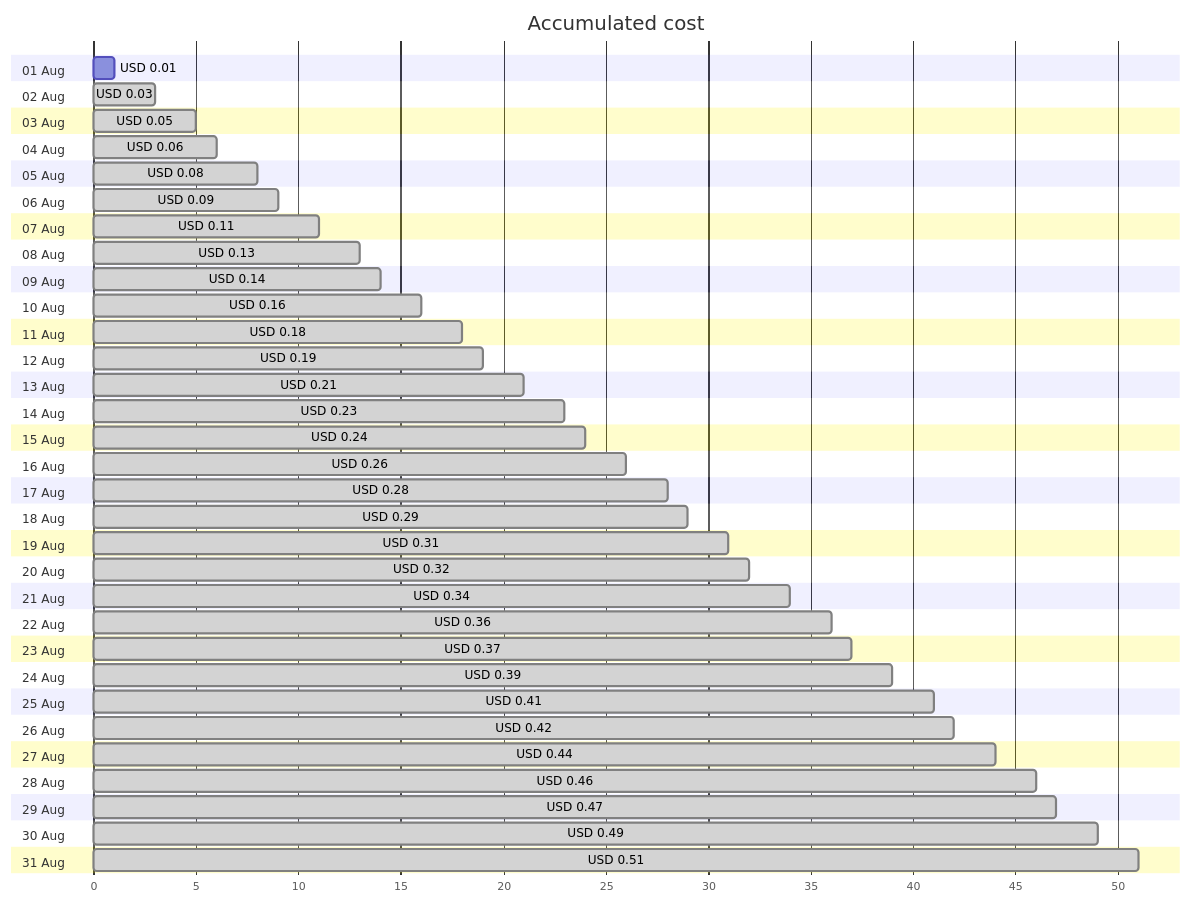
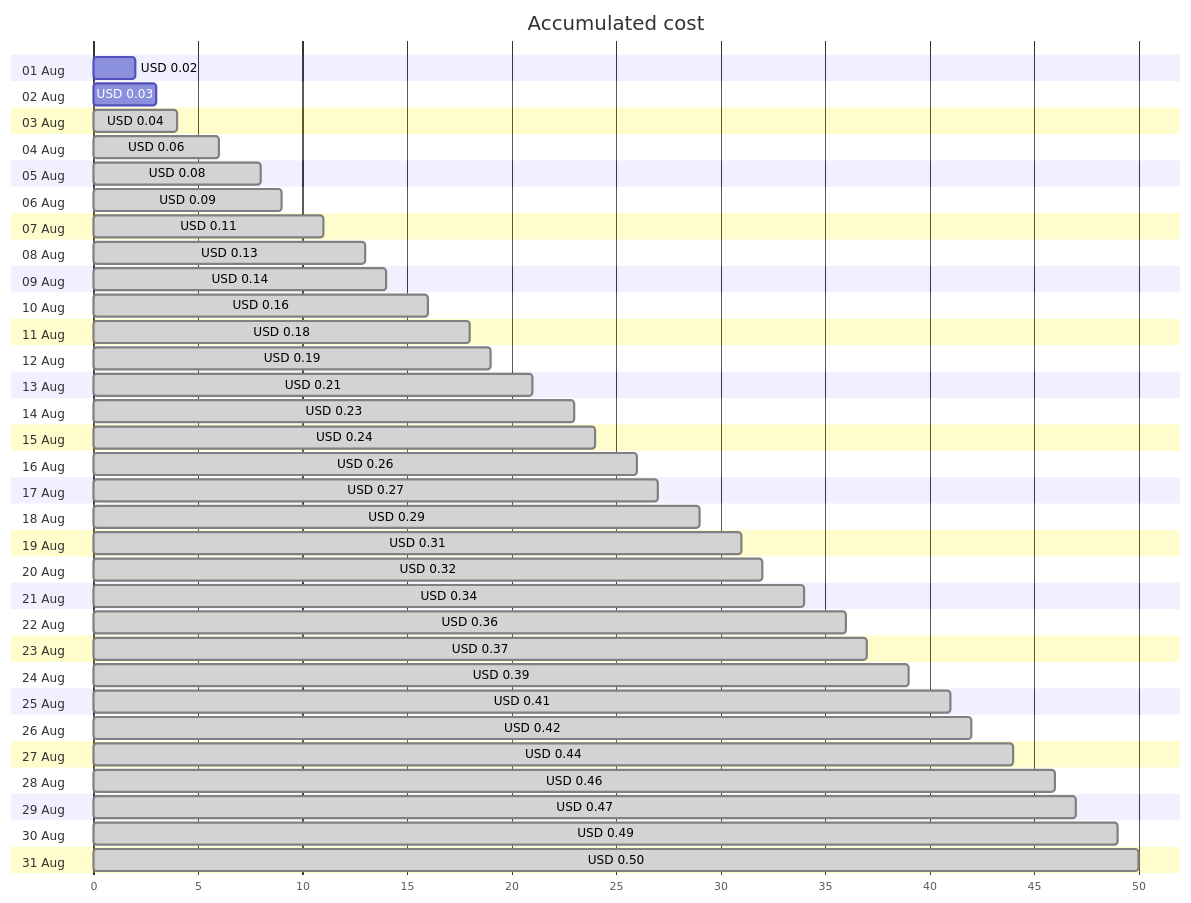
One commit to jpfulton/azure-personal-reports changed the first of 4 diagrams in cost-reports/personal-dns/jpatrickfulton.com.md. Above: the diagram before and after it, drawn with Mermaid. The commit also changed other lines of this file and 2 other files, not shown here.

````diff
--- a/cost-reports/personal-dns/jpatrickfulton.com.md
+++ b/cost-reports/personal-dns/jpatrickfulton.com.md
@@ -20,68 +20,68 @@
 ```mermaid
 gantt
    title Accumulated cost
    dateFormat  X
    axisFormat %s
    section 01 Aug
-   USD 0.01 :0, 1
+   USD 0.02 :0, 2
    section 02 Aug
-   USD 0.03 : done, 0, 3
+   USD 0.03 :0, 3
    section 03 Aug
-   USD 0.05 : done, 0, 5
+   USD 0.04 : done, 0, 4
    section 04 Aug
    USD 0.06 : done, 0, 6
    section 05 Aug
    USD 0.08 : done, 0, 8
    section 06 Aug
    USD 0.09 : done, 0, 9
    section 07 Aug
    USD 0.11 : done, 0, 11
    section 08 Aug
    USD 0.13 : done, 0, 13
    section 09 Aug
    USD 0.14 : done, 0, 14
    section 10 Aug
    USD 0.16 : done, 0, 16
    section 11 Aug
    USD 0.18 : done, 0, 18
    section 12 Aug
    USD 0.19 : done, 0, 19
    section 13 Aug
    USD 0.21 : done, 0, 21
    section 14 Aug
    USD 0.23 : done, 0, 23
    section 15 Aug
    USD 0.24 : done, 0, 24
    section 16 Aug
    USD 0.26 : done, 0, 26
    section 17 Aug
-   USD 0.28 : done, 0, 28
+   USD 0.27 : done, 0, 27
    section 18 Aug
    USD 0.29 : done, 0, 29
    section 19 Aug
    USD 0.31 : done, 0, 31
    section 20 Aug
    USD 0.32 : done, 0, 32
    section 21 Aug
    USD 0.34 : done, 0, 34
    section 22 Aug
    USD 0.36 : done, 0, 36
    section 23 Aug
    USD 0.37 : done, 0, 37
    section 24 Aug
    USD 0.39 : done, 0, 39
    section 25 Aug
    USD 0.41 : done, 0, 41
    section 26 Aug
    USD 0.42 : done, 0, 42
    section 27 Aug
    USD 0.44 : done, 0, 44
    section 28 Aug
    USD 0.46 : done, 0, 46
    section 29 Aug
    USD 0.47 : done, 0, 47
    section 30 Aug
    USD 0.49 : done, 0, 49
    section 31 Aug
-   USD 0.51 : done, 0, 51
+   USD 0.50 : done, 0, 50
 ```
````
